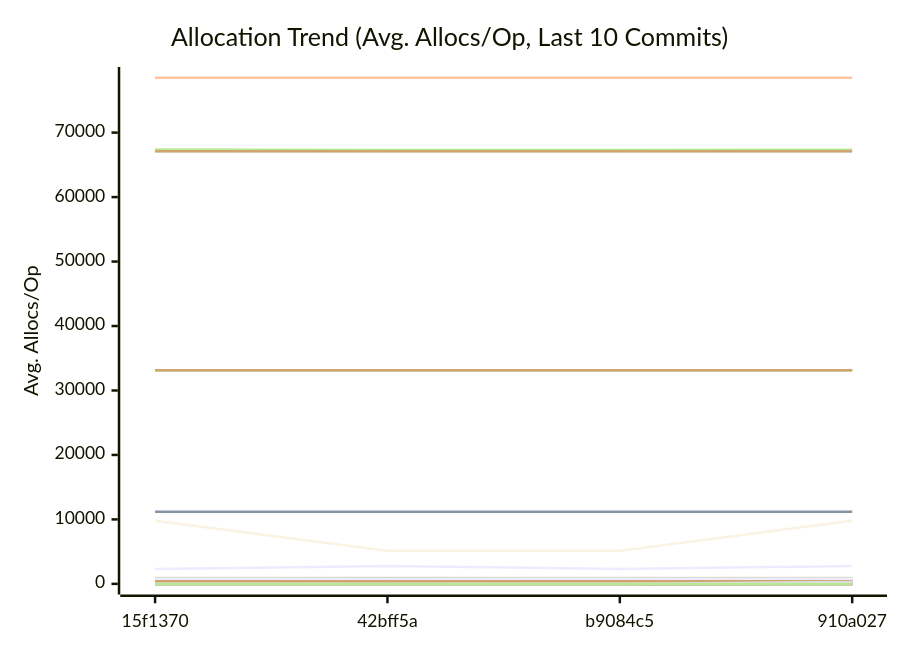
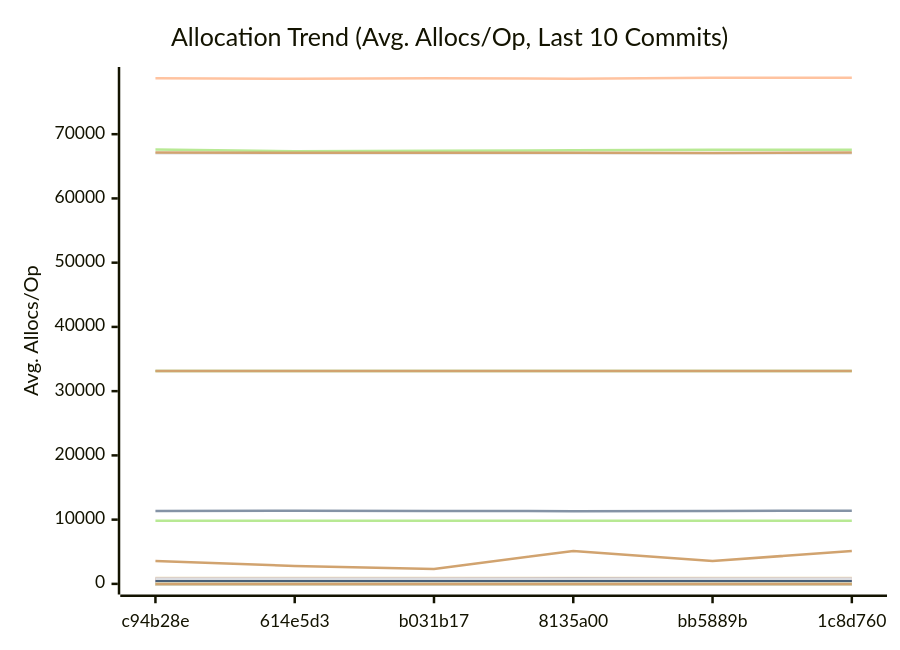
Before and after one commit to alsotoes/momo: the third of 3 diagrams in docs/REFERENCE/PERFORMANCE.md, drawn with Mermaid. The commit also changed other lines of this file and 1 other file, not shown here.

````diff
--- a/docs/REFERENCE/PERFORMANCE.md
+++ b/docs/REFERENCE/PERFORMANCE.md
@@ -471,62 +421,53 @@
 ```mermaid
 xychart-beta
     title "Allocation Trend (Avg. Allocs/Op, Last 10 Commits)"
     x-axis "Commit"
     y-axis "Avg. Allocs/Op"
-    x-axis [15f1370,42bff5a,b9084c5,910a027]
+    x-axis [c94b28e,614e5d3,b031b17,8135a00,bb5889b,1c8d760]
     line "AdaptivePutBlob64KiB" [0,0,0,0,0,0,0,0,0,0]
-    line "AWSChunkedReaderSigned" [11197,11180,11191,11184,11178,11173,11180,11218,11210,11254]
-    line "AWSChunkedReaderUnsigned" [78518,78515,78532,78527,78526,78519,78518,78519,78539,78571]
+    line "AWSChunkedReaderSigned" [11346,11370,11345,11319,11351,11392,11401,11341,11197,11180]
+    line "AWSChunkedReaderUnsigned" [78690,78621,78704,78640,78777,78804,78750,78733,78518,78515]
     line "CheckMetricsAndSwap" [0,0,0,0,0,0,0,0,0,0]
     line "CrushOptimized" [0,0,0,0,0,0,0,0,0,0]
     line "CrushOriginal" [3,3,3,3,3,3,3,3,3,3]
     line "EtagMatches" [0,0,0,0,0,0,0,0,0,0]
-    line "EtagMatchesSplit" [1,1,1,1,1,1,1,1,1,1]
+    line "EtagMatchesSplit" [0,0,0,0,0,0,0,0,1,1]
     line "FormatListObjectsV2XML_AppendFormat" [16,16,16,16,16,16,16,16,16,16]
     line "FormatListObjectsV2XML_OldFormat" [1000,1000,1000,1000,1000,1000,1000,1000,1000,1000]
     line "HashBytes/1MiB" [64,64,64,64,64,64,64,64,64,64]
     line "HashBytes/256MiB" [64,64,64,64,64,64,64,64,64,64]
     line "HashBytes/64MiB" [64,64,64,64,64,64,64,64,64,64]
     line "HashFile/1MiB" [33128,33128,33128,33128,33128,33128,33128,33128,33128,33128]
     line "HashFile/256MiB" [33128,33128,33128,33128,33128,33128,33128,33128,33128,33128]
     line "HashFile/64MiB" [33128,33128,33128,33128,33128,33128,33128,33128,33128,33128]
     line "IndexDirectTracking" [0,0,0,0,0,0,0,0,0,0]
     line "IndexSearch" [0,0,0,0,0,0,0,0,0,0]
     line "LastModifiedHeader_AppendFormat" [0,0,0,0,0,0,0,0,0,0]
     line "LastModifiedHeader_Format" [1,1,1,1,1,1,1,1,1,1]
     line "ListPartsTime_AppendFormat" [0,0,0,0,0,0,0,0,0,0]
-    line "ListPartsTime_Format" [1,1,1,1,1,1,1,1,1,1]
+    line "ListPartsTime_Format" [0,0,0,0,0,0,0,0,1,1]
     line "LoadGlobalConfig" [58,58,58,58,58,58,58,58,58,58]
-    line "LocalWrite/1MiB" [67081,67076,67077,67076,67076,67076,67076,67084,67081,67084]
-    line "LocalWrite/256MiB" [67378,67316,67320,67343,67343,67320,67423,67399,67368,67445]
-    line "LocalWrite/64MiB" [67123,67115,67123,67119,67112,67100,67113,67112,67124,67130]
+    line "LocalWrite/1MiB" [67033,67031,67039,67040,67044,67048,67040,67040,67081,67076]
+    line "LocalWrite/256MiB" [67598,67348,67405,67488,67564,67569,67644,67553,67378,67316]
+    line "LocalWrite/64MiB" [67134,67099,67099,67127,67078,67158,67158,67139,67123,67115]
     line "PadString" [1,1,1,1,1,1,1,1,1,1]
-    line "ParseACLResource_IndexByte" [0,0,0,0,0,0,0,0,0,0]
-    line "ParseACLResource_Split" [0,0,0,0,0,0,0,0,0,0]
     line "ParseAWSChunkHeader" [0,0,0,0,0,0,0,0,0,0]
-    line "ParseChecksum" [0,0,0,0,0,0,0,0,0,0]
-    line "ParseChecksumDynamicBaseline" [0,0,0,4,4,4,4,4,4,4]
     line "ParseReplicationOrder_NoPrealloc" [6,6,6,6,6,5,5,5,5,5]
     line "ParseReplicationOrder_Prealloc" [2,2,2,2,2,1,1,1,1,1]
     line "PheromoneSelectReplica" [0,0,0,0,0,0,0,0,0,0]
-    line "PickShedTarget" [0,0,0,6,6,6,6,6,6,6]
     line "Placement" [6,6,6,6,6,6,6,6,6,6]
     line "PlacementDomainSpread" [6,6,6,6,6,6,6,6,6,6]
-    line "ReadVerify/1MiB" [458,471,460,435,469,435,463,436,463,474]
-    line "ReadVerify/256MiB" [9808,5120,5120,9808,5120,5120,9808,5120,5120,9808]
-    line "ReadVerify/64MiB" [2307,2776,2307,2776,2776,1994,2776,2307,2776,2776]
-    line "RebalanceCycle/blobs=100" [0,0,0,0,0,0,0,0,0,0]
-    line "RebalanceCycle/blobs=1000" [0,0,0,0,0,0,0,0,0,0]
-    line "S3PutSpool/1MiB" [447,447,447,447,447,447,448,447,447,448]
-    line "S3PutSpool/256MiB" [448,448,448,448,448,444,448,448,448,448]
+    line "ReadVerify/1MiB" [438,437,474,439,490,440,496,437,458,471]
+    line "ReadVerify/256MiB" [9808,9808,9808,9808,9808,9808,9808,9808,9808,5120]
+    line "ReadVerify/64MiB" [3557,2776,2307,5120,3557,5120,3557,3557,2307,2776]
+    line "S3PutSpool/1MiB" [448,447,448,447,447,447,447,447,447,447]
+    line "S3PutSpool/256MiB" [448,448,448,448,448,448,448,448,448,448]
     line "S3PutSpool/64MiB" [448,448,448,448,448,448,448,448,448,448]
     line "SanitizeLog/Safe" [0,0,0,0,0,0,0,0,0,0]
     line "SanitizeLog/Unsafe" [1,1,1,1,1,1,1,1,1,1]
-    line "TrustedRead/1MiB" [800,822,800,800,800,800,800,800,800,840]
+    line "TrustedRead/1MiB" [800,800,800,858,800,800,800,800,800,822]
     line "TrustedRead/256MiB" [800,800,800,800,800,800,800,800,800,800]
     line "TrustedRead/64MiB" [800,800,800,800,800,800,800,800,800,800]
     line "VolumeGetBlob64KiB" [0,0,0,0,0,0,0,0,0,0]
     line "VolumePutBlob64KiB" [0,0,0,0,0,0,0,0,0,0]
-    line "WriteThrottled/throttled-10Gbps" [0,0,0,298,318,498,345,302,311,234]
-    line "WriteThrottled/unlimited" [0,0,0,0,0,0,0,0,0,0]
 ```
````
